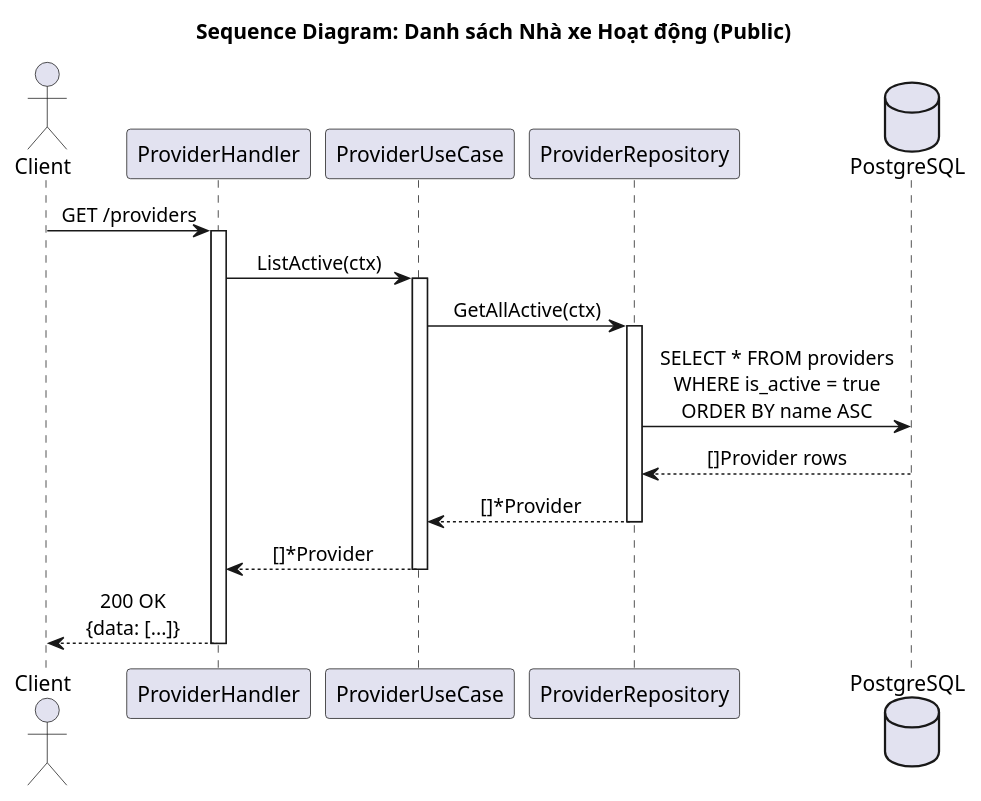
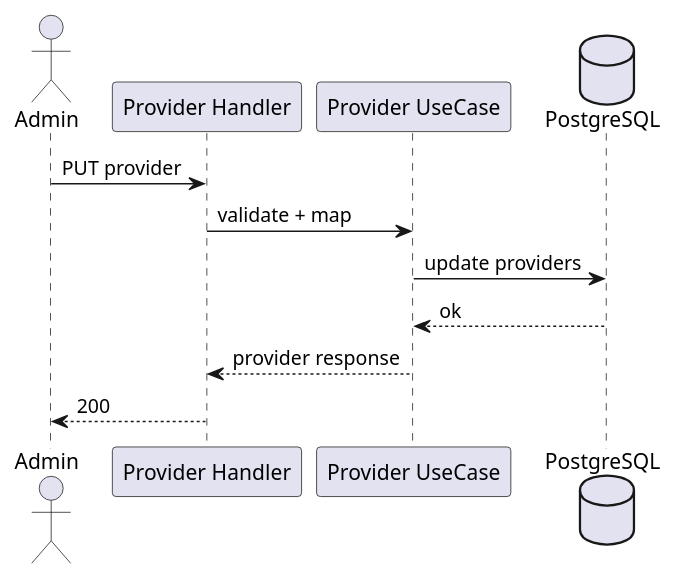
Before and after one commit to dawnmoriaty/dadpt: the diagram in obsidian/MODULE_PROVIDER.md, drawn with PlantUML. The commit also changed other lines of this file and 67 other files, not shown here.

````diff
--- a/obsidian/MODULE_PROVIDER.md
+++ b/obsidian/MODULE_PROVIDER.md
@@ -413,34 +42,15 @@
 ```plantuml
 @startuml
-skinparam responseMessageBelowArrow true
-skinparam sequenceMessageAlign center
-
-title Sequence Diagram: Danh sách Nhà xe Hoạt động (Public)
-
-actor "Client" as Client
-participant "ProviderHandler" as Handler
-participant "ProviderUseCase" as UC
-participant "ProviderRepository" as Repo
+actor Admin
+participant "Provider Handler" as H
+participant "Provider UseCase" as U
 database "PostgreSQL" as DB
 
-Client -> Handler: GET /providers
-activate Handler
-
-Handler -> UC: ListActive(ctx)
-activate UC
-
-UC -> Repo: GetAllActive(ctx)
-activate Repo
-Repo -> DB: SELECT * FROM providers\nWHERE is_active = true\nORDER BY name ASC
-DB --> Repo: []Provider rows
-Repo --> UC: []*Provider
-deactivate Repo
-
-UC --> Handler: []*Provider
-deactivate UC
-
-Handler --> Client: 200 OK\n{data: [...]}
-deactivate Handler
-
+Admin -> H : PUT provider
+H -> U : validate + map
+U -> DB : update providers
+DB --> U : ok
+U --> H : provider response
+H --> Admin : 200
 @enduml
 ```
````
